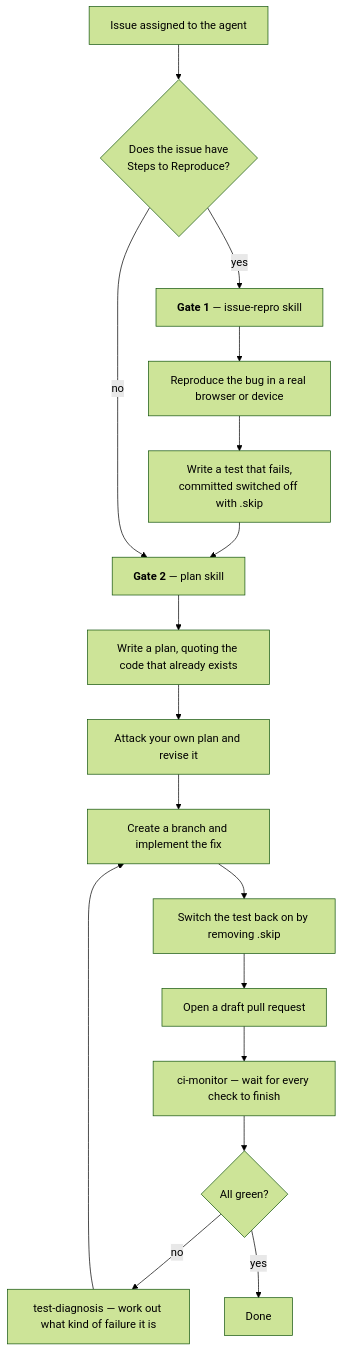
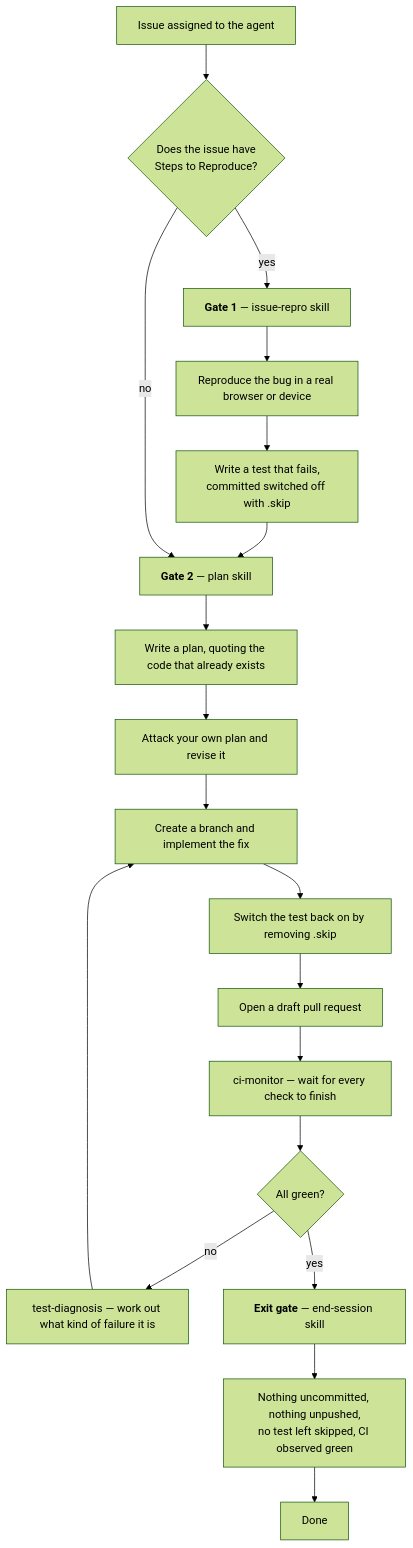
One commit to cybersemics/em changed the second of 2 diagrams in docs/agents/readme.md. Above: the diagram before and after it, drawn with Mermaid (forest theme). The commit also changed other lines of this file and 5 other files, not shown here.

````diff
--- a/docs/agents/readme.md
+++ b/docs/agents/readme.md
@@ -62,19 +68,33 @@
 ```mermaid
 flowchart TD
     A["Issue assigned to the agent"] --> B{"Does the issue have<br/>Steps to Reproduce?"}
     B -- yes --> C["<b>Gate 1</b> — issue-repro skill"]
     C --> C1["Reproduce the bug in a real browser or device"]
     C1 --> C2["Write a test that fails,<br/>committed switched off with .skip"]
     C2 --> D["<b>Gate 2</b> — plan skill"]
     B -- no --> D
     D --> D1["Write a plan, quoting the code that already exists"]
     D1 --> D2["Attack your own plan and revise it"]
     D2 --> E["Create a branch and implement the fix"]
     E --> E1["Switch the test back on by removing .skip"]
     E1 --> F["Open a draft pull request"]
     F --> G["ci-monitor — wait for every check to finish"]
     G --> H{"All green?"}
     H -- no --> I["test-diagnosis — work out what kind of failure it is"]
     I --> E
-    H -- yes --> J["Done"]
+    H -- yes --> J["<b>Exit gate</b> — end-session skill"]
+    J --> J1["Nothing uncommitted, nothing unpushed,<br/>no test left skipped, CI observed green"]
+    J1 --> K["Done"]
+
+    click C "skills.md#issue-repro" "The issue-repro skill"
+    click C1 "skills.md#browser-control" "How the browser is brought up"
+    click C2 "tdd.md" "Why the test is committed switched off"
+    click D "skills.md#plan" "The plan skill"
+    click D1 "skills.md#plan" "What the plan must contain"
+    click D2 "skills.md#plan" "The critique stage"
+    click E1 "tdd.md#why-locally-run-tests-ignore-the-skip" "Switching the test back on"
+    click G "skills.md#ci-monitor" "The ci-monitor skill"
+    click I "skills.md#test-diagnosis" "The test-diagnosis skill"
+    click J "skills.md#end-session" "The end-session skill"
+    click J1 "skills.md#end-session" "The exit checklist, step by step"
 ```
````
